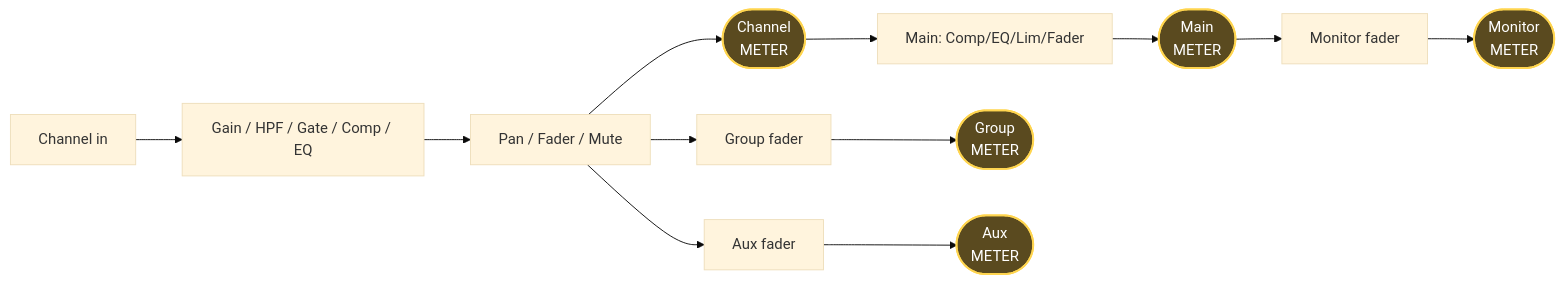
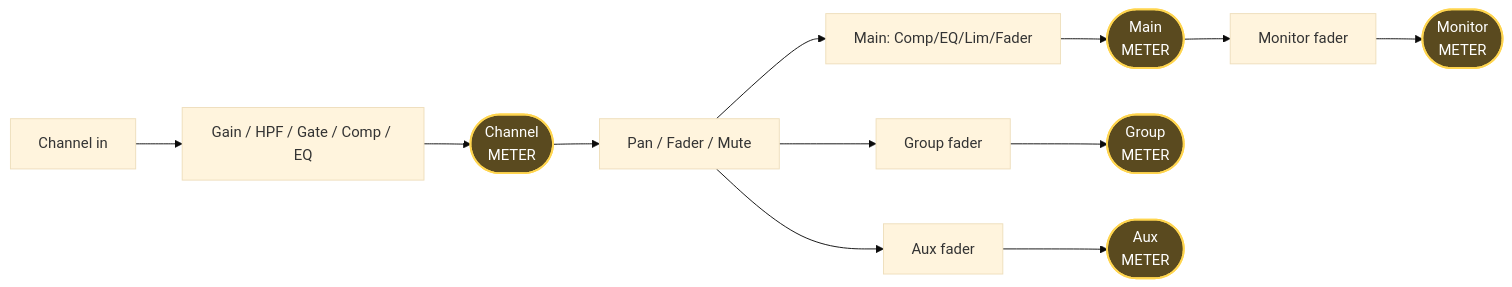
One commit to Eyevinn/strom changed the second of 2 diagrams in docs/AUDIO_MIXER_OPERATOR_GUIDE.md. Above: the diagram before and after it, drawn with Mermaid (base theme).

Commit message:
docs(mixer): fix section 5 mermaid — channel meter taps pre-fader
Section 5's diagram still showed the channel meter between fader and
main. Move it before the fader to match the rest of the doc and the
implementation.

````diff
--- a/docs/AUDIO_MIXER_OPERATOR_GUIDE.md
+++ b/docs/AUDIO_MIXER_OPERATOR_GUIDE.md
@@ -256,23 +256,23 @@
 ```mermaid
 flowchart LR
     classDef metr fill:#5a4a1f,stroke:#ffd54f,color:#fff,stroke-width:2px
 
     CHIN["Channel in"]
     CHPROC["Gain / HPF / Gate / Comp / EQ"]
     CHFADER["Pan / Fader / Mute"]
     CHM(["Channel<br/>METER"]):::metr
     MAIN["Main: Comp/EQ/Lim/Fader"]
     MAINM(["Main<br/>METER"]):::metr
     GRP["Group fader"]
     GRPM(["Group<br/>METER"]):::metr
     AUX["Aux fader"]
     AUXM(["Aux<br/>METER"]):::metr
     MONFADER["Monitor fader"]
     MONM(["Monitor<br/>METER"]):::metr
 
-    CHIN --> CHPROC --> CHFADER --> CHM --> MAIN
+    CHIN --> CHPROC --> CHM --> CHFADER --> MAIN
     CHFADER --> GRP --> GRPM
     CHFADER --> AUX --> AUXM
     MAIN --> MAINM
     MAINM --> MONFADER --> MONM
 ```
````
